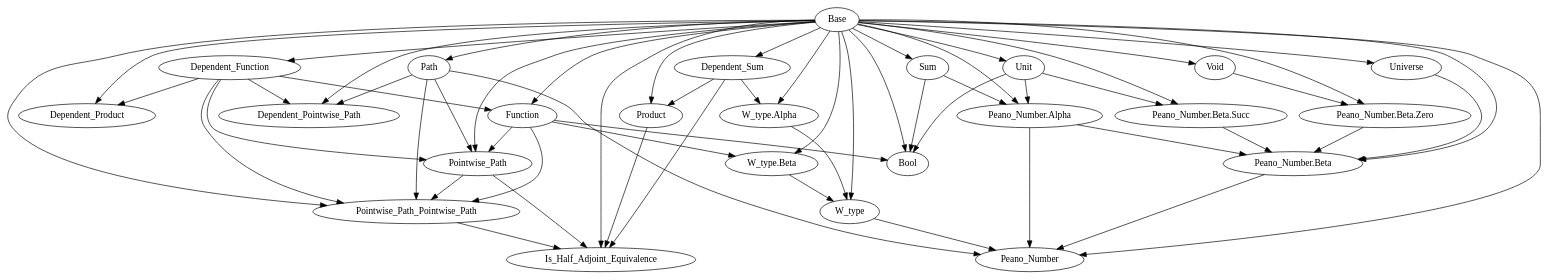
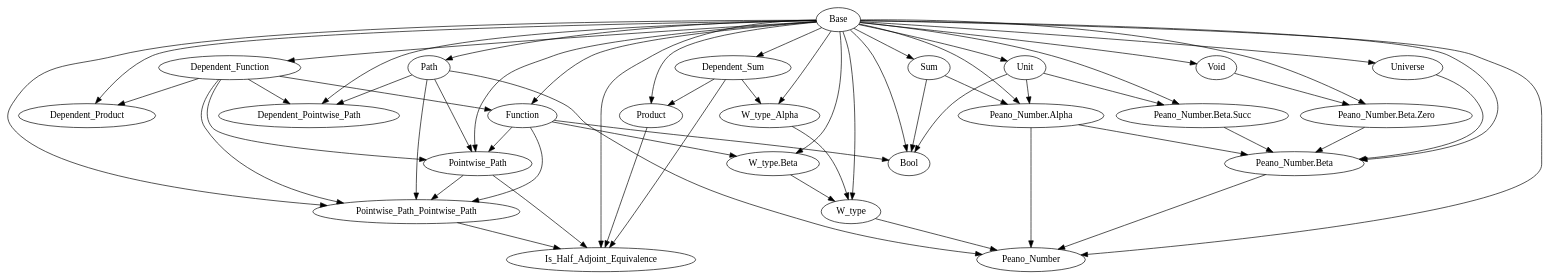
One commit to Hexirp/googology-in-coq changed the diagram in libraries/dependencies.gv. Above: the diagram before and after it, drawn with Graphviz. The commit also changed 4 other files, not shown here.

First line of the commit message:
Update: W_type.Alpha を W_type_Alpha に移動する

```diff
--- a/libraries/dependencies.gv
+++ b/libraries/dependencies.gv
@@ -1,84 +1,84 @@
 digraph Dependencies {
   # Base
   # Dependent_Function
   "Base" -> "Dependent_Function";
   # Function
   "Base" -> "Function";
   "Dependent_Function" -> "Function";
   # Dependent_Product
   "Base" -> "Dependent_Product";
   "Dependent_Function" -> "Dependent_Product";
   # Dependent_Sum
   "Base" -> "Dependent_Sum";
   # Product
   "Base" -> "Product";
   "Dependent_Sum" -> "Product";
   # Sum
   "Base" -> "Sum";
   # Unit
   "Base" -> "Unit";
   # Void
   "Base" -> "Void";
-  # W_type.Alpha
-  "Base" -> "W_type.Alpha";
-  "Dependent_Sum" -> "W_type.Alpha";
+  # W_type_Alpha
+  "Base" -> "W_type_Alpha";
+  "Dependent_Sum" -> "W_type_Alpha";
   # W_type.Beta
   "Base" -> "W_type.Beta";
   "Function" -> "W_type.Beta";
   # W_type
   "Base" -> "W_type";
-  "W_type.Alpha" -> "W_type";
+  "W_type_Alpha" -> "W_type";
   "W_type.Beta" -> "W_type";
   # Universe
   "Base" -> "Universe";
   # Path
   "Base" -> "Path";
   # Dependent_Pointwise_Path
   "Base" -> "Dependent_Pointwise_Path";
   "Dependent_Function" -> "Dependent_Pointwise_Path";
   "Path" -> "Dependent_Pointwise_Path";
   # Pointwise_Path
   "Base" -> "Pointwise_Path";
   "Dependent_Function" -> "Pointwise_Path";
   "Function" -> "Pointwise_Path";
   "Path" -> "Pointwise_Path";
   # Pointwise_Path_Pointwise_Path
   "Base" -> "Pointwise_Path_Pointwise_Path";
   "Dependent_Function" -> "Pointwise_Path_Pointwise_Path";
   "Function" -> "Pointwise_Path_Pointwise_Path";
   "Path" -> "Pointwise_Path_Pointwise_Path";
   "Pointwise_Path" -> "Pointwise_Path_Pointwise_Path";
   # Is_Half_Adjoint_Equivalence
   "Base" -> "Is_Half_Adjoint_Equivalence";
   "Dependent_Sum" -> "Is_Half_Adjoint_Equivalence";
   "Product" -> "Is_Half_Adjoint_Equivalence";
   "Pointwise_Path" -> "Is_Half_Adjoint_Equivalence";
   "Pointwise_Path_Pointwise_Path" -> "Is_Half_Adjoint_Equivalence";
   # Bool
   "Base" -> "Bool";
   "Function" -> "Bool";
   "Sum" -> "Bool";
   "Unit" -> "Bool";
   # Peano_Number.Alpha
   "Base" -> "Peano_Number.Alpha";
   "Sum" -> "Peano_Number.Alpha";
   "Unit" -> "Peano_Number.Alpha";
   # Peano_Number.Beta.Zero
   "Base" -> "Peano_Number.Beta.Zero";
   "Void" -> "Peano_Number.Beta.Zero";
   # Peano_Number.Beta.Succ
   "Base" -> "Peano_Number.Beta.Succ";
   "Unit" -> "Peano_Number.Beta.Succ";
   # Peano_Number.Beta
   "Base" -> "Peano_Number.Beta";
   "Universe" -> "Peano_Number.Beta";
   "Peano_Number.Alpha" -> "Peano_Number.Beta";
   "Peano_Number.Beta.Zero" -> "Peano_Number.Beta";
   "Peano_Number.Beta.Succ" -> "Peano_Number.Beta";
   # Peano_Number
   "Base" -> "Peano_Number";
   "W_type" -> "Peano_Number";
   "Path" -> "Peano_Number";
   "Peano_Number.Alpha" -> "Peano_Number";
   "Peano_Number.Beta" -> "Peano_Number";
 }
```
